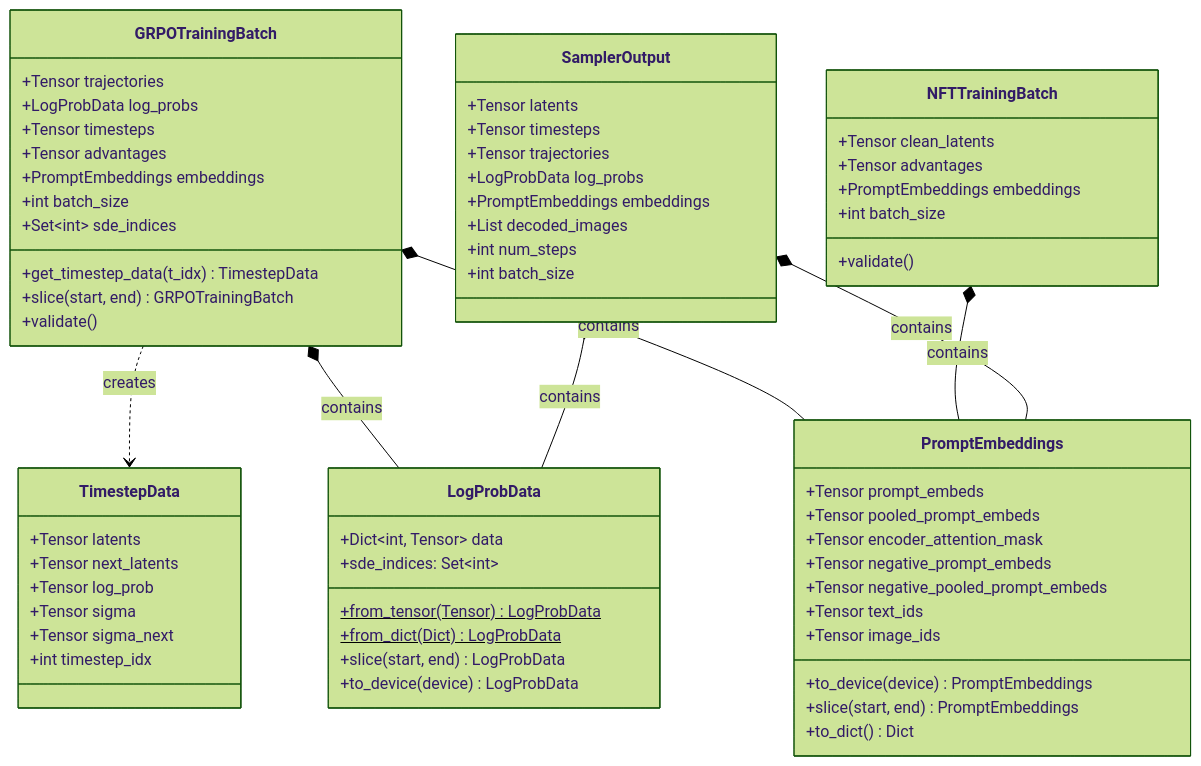
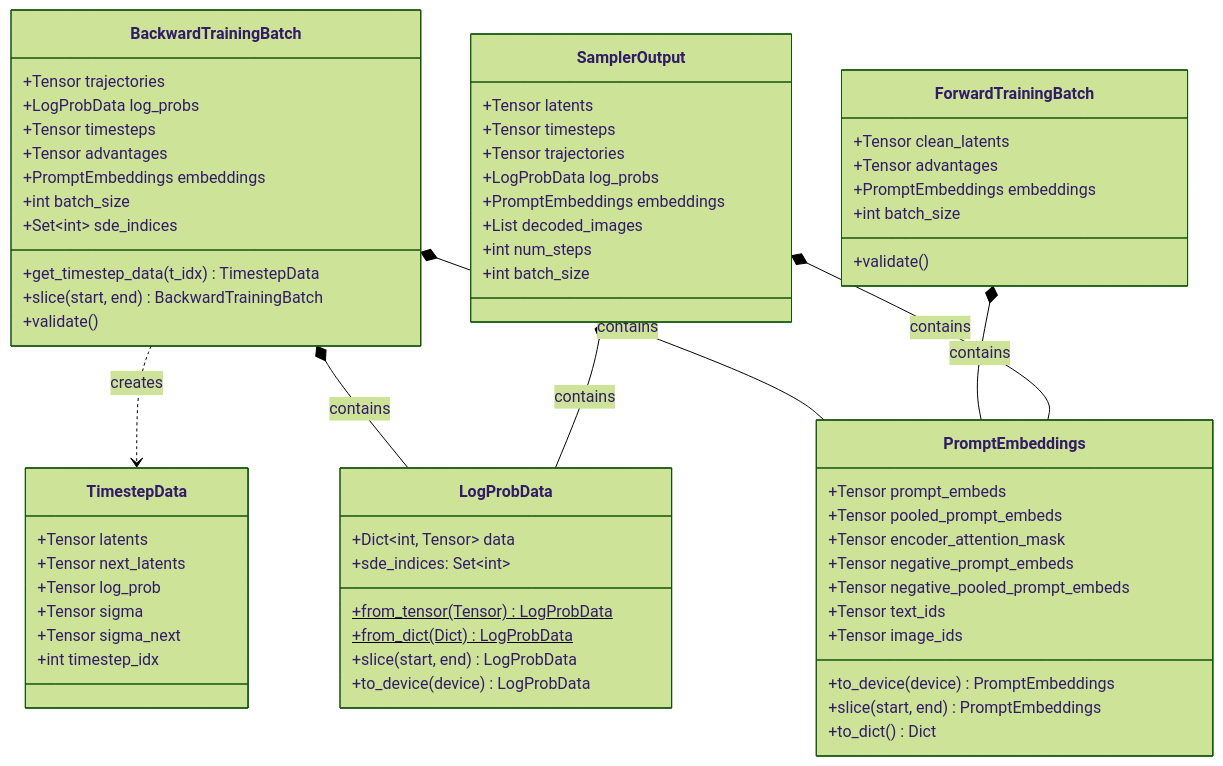
Before and after one commit to celve/unirl: the fifth of 27 diagrams in docs/Diffusion_RL_Design_Analysis.md, drawn with Mermaid (forest theme). The commit also changed other lines of this file and 119 other files, not shown here.

````diff
--- a/docs/Diffusion_RL_Design_Analysis.md
+++ b/docs/Diffusion_RL_Design_Analysis.md
@@ -950,74 +946,74 @@
 ```mermaid
 classDiagram
     class LogProbData {
         +Dict~int, Tensor~ data
         +from_tensor(Tensor) LogProbData$
         +from_dict(Dict) LogProbData$
         +sde_indices: Set~int~
         +slice(start, end) LogProbData
         +to_device(device) LogProbData
     }
 
     class PromptEmbeddings {
         +Tensor prompt_embeds
         +Tensor pooled_prompt_embeds
         +Tensor encoder_attention_mask
         +Tensor negative_prompt_embeds
         +Tensor negative_pooled_prompt_embeds
         +Tensor text_ids
         +Tensor image_ids
         +to_device(device) PromptEmbeddings
         +slice(start, end) PromptEmbeddings
         +to_dict() Dict
     }
 
     class TimestepData {
         +Tensor latents
         +Tensor next_latents
         +Tensor log_prob
         +Tensor sigma
         +Tensor sigma_next
         +int timestep_idx
     }
 
-    class GRPOTrainingBatch {
+    class BackwardTrainingBatch {
         +Tensor trajectories
         +LogProbData log_probs
         +Tensor timesteps
         +Tensor advantages
         +PromptEmbeddings embeddings
         +int batch_size
         +Set~int~ sde_indices
         +get_timestep_data(t_idx) TimestepData
-        +slice(start, end) GRPOTrainingBatch
+        +slice(start, end) BackwardTrainingBatch
         +validate()
     }
 
-    class NFTTrainingBatch {
+    class ForwardTrainingBatch {
         +Tensor clean_latents
         +Tensor advantages
         +PromptEmbeddings embeddings
         +int batch_size
         +validate()
     }
 
     class SamplerOutput {
         +Tensor latents
         +Tensor timesteps
         +Tensor trajectories
         +LogProbData log_probs
         +PromptEmbeddings embeddings
         +List decoded_images
         +int num_steps
         +int batch_size
     }
 
-    GRPOTrainingBatch *-- LogProbData : contains
-    GRPOTrainingBatch *-- PromptEmbeddings : contains
-    GRPOTrainingBatch ..> TimestepData : creates
+    BackwardTrainingBatch *-- LogProbData : contains
+    BackwardTrainingBatch *-- PromptEmbeddings : contains
+    BackwardTrainingBatch ..> TimestepData : creates
 
-    NFTTrainingBatch *-- PromptEmbeddings : contains
+    ForwardTrainingBatch *-- PromptEmbeddings : contains
 
     SamplerOutput *-- LogProbData : contains
     SamplerOutput *-- PromptEmbeddings : contains
 ```
````
